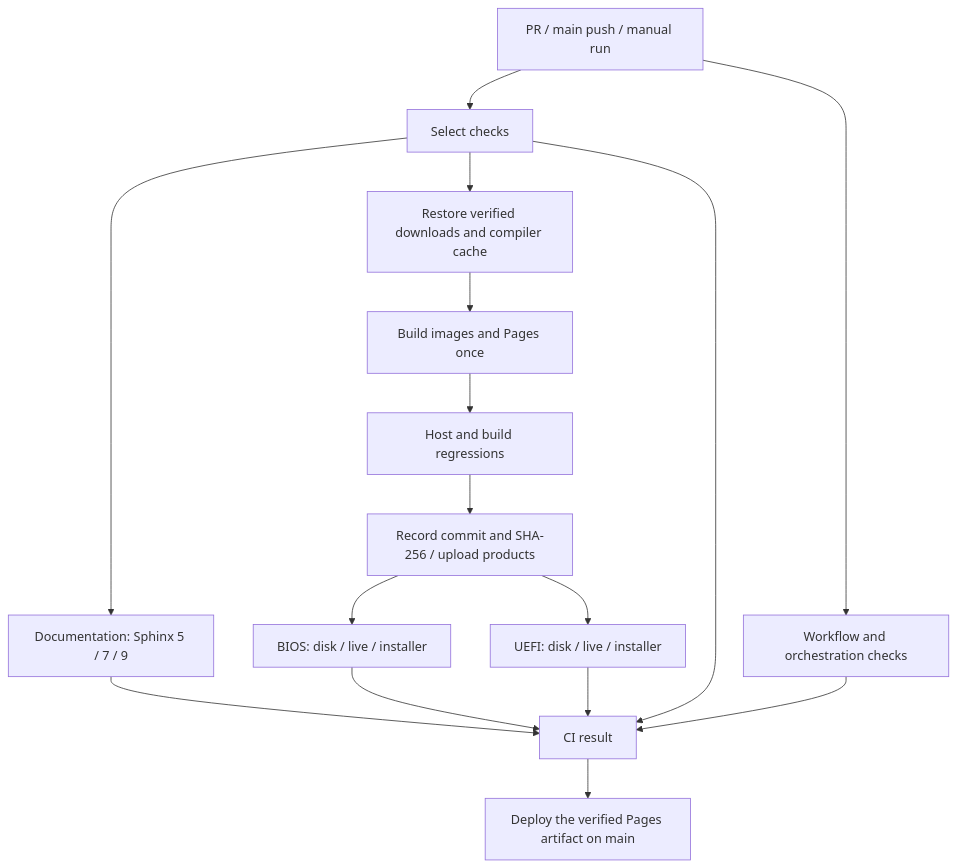
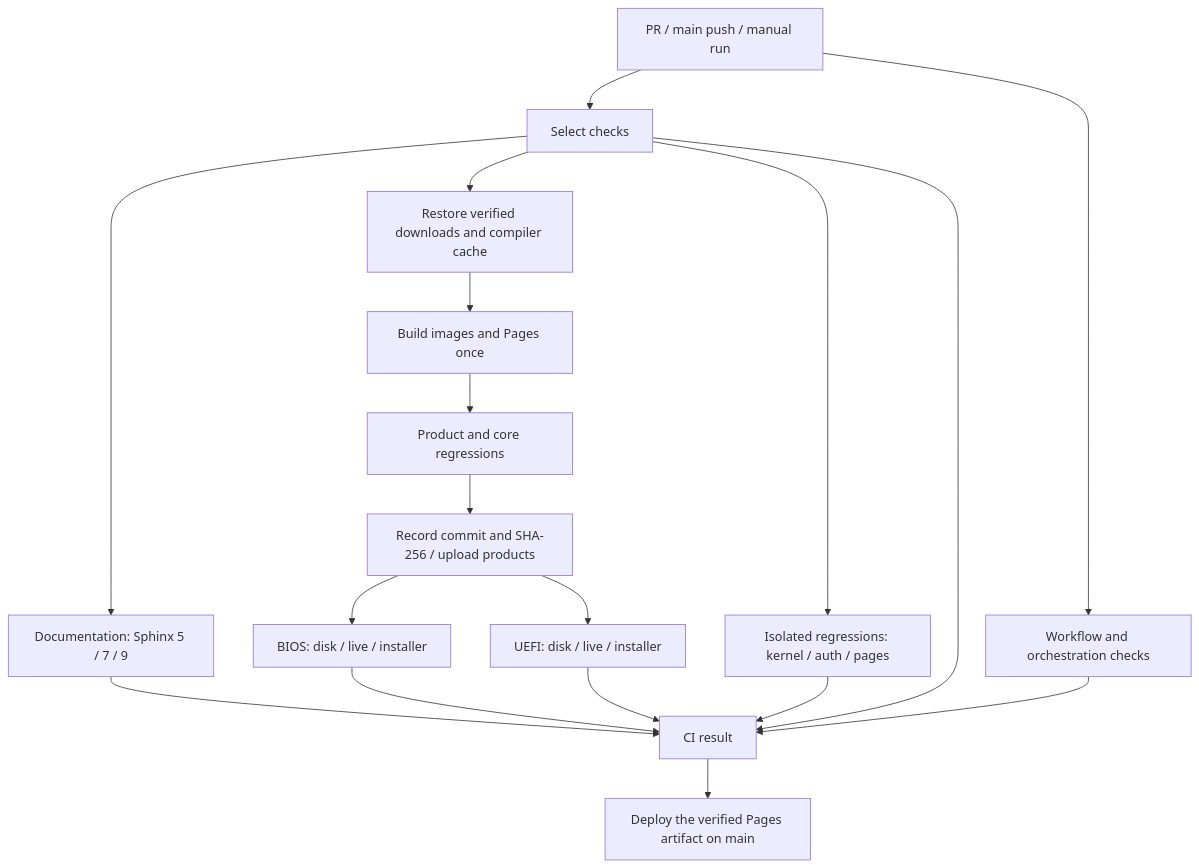
Before and after one commit to ReliefOSProject/ReliefOS: the diagram in .github/CI.md, drawn with Mermaid. The commit also changed other lines of this file and 9 other files, not shown here.

````diff
--- a/.github/CI.md
+++ b/.github/CI.md
@@ -3,18 +3,20 @@
 ```mermaid
 flowchart TD
     A[PR / main push / manual run] --> B[Select checks]
     A --> C[Workflow and orchestration checks]
     B --> D[Documentation: Sphinx 5 / 7 / 9]
     B --> L[Restore verified downloads and compiler cache]
     L --> E[Build images and Pages once]
-    E --> F[Host and build regressions]
+    E --> F[Product and core regressions]
+    B --> R[Isolated regressions: kernel / auth / pages]
     F --> G[Record commit and SHA-256 / upload products]
     G --> H[BIOS: disk / live / installer]
     G --> I[UEFI: disk / live / installer]
     B --> J[CI result]
     C --> J
     D --> J
+    R --> J
     H --> J
     I --> J
     J --> K[Deploy the verified Pages artifact on main]
 ```
````
